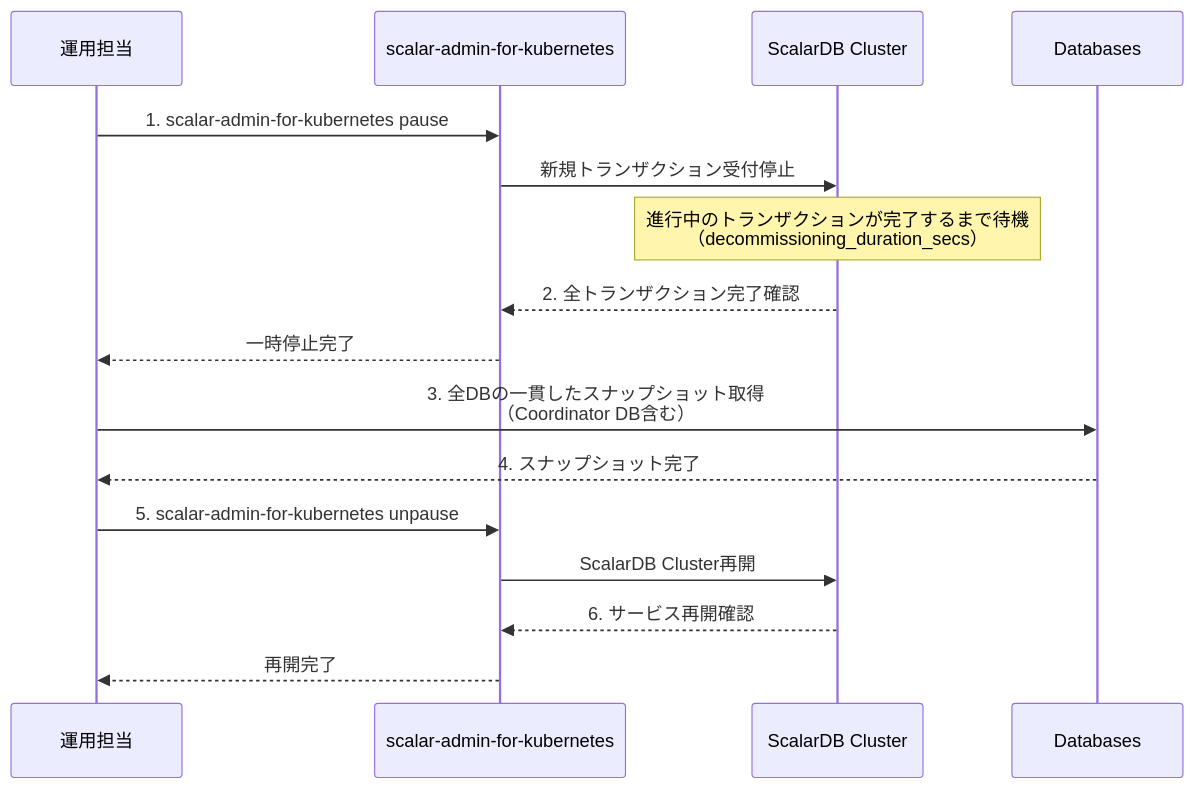
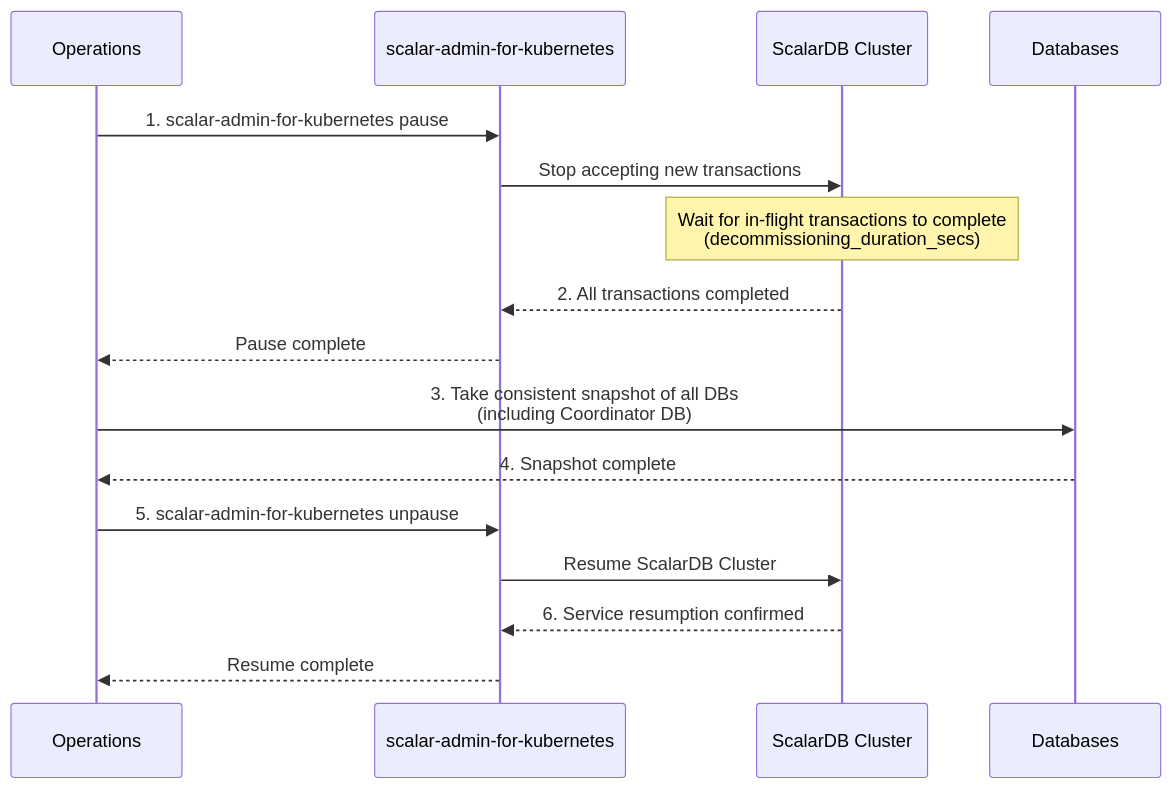
The second of 4 diagrams in workflow/greenfield/10_disaster_recovery_design.md (wfukatsu/nexus-architect), drawn with Mermaid before and after one commit. The commit also changed other lines of this file and 6 other files, not shown here.

````diff
--- a/workflow/greenfield/10_disaster_recovery_design.md
+++ b/workflow/greenfield/10_disaster_recovery_design.md
@@ -179,19 +179,19 @@
 ```mermaid
 sequenceDiagram
-    participant OPS as 運用担当
+    participant OPS as Operations
     participant ADMIN as scalar-admin-for-kubernetes
     participant SDB as ScalarDB Cluster
     participant DB as Databases
 
     OPS->>ADMIN: 1. scalar-admin-for-kubernetes pause
-    ADMIN->>SDB: 新規トランザクション受付停止
-    Note over SDB: 進行中のトランザクションが完了するまで待機<br/>（decommissioning_duration_secs）
-    SDB-->>ADMIN: 2. 全トランザクション完了確認
-    ADMIN-->>OPS: 一時停止完了
-    OPS->>DB: 3. 全DBの一貫したスナップショット取得<br/>（Coordinator DB含む）
-    DB-->>OPS: 4. スナップショット完了
+    ADMIN->>SDB: Stop accepting new transactions
+    Note over SDB: Wait for in-flight transactions to complete<br/>(decommissioning_duration_secs)
+    SDB-->>ADMIN: 2. All transactions completed
+    ADMIN-->>OPS: Pause complete
+    OPS->>DB: 3. Take consistent snapshot of all DBs<br/>(including Coordinator DB)
+    DB-->>OPS: 4. Snapshot complete
     OPS->>ADMIN: 5. scalar-admin-for-kubernetes unpause
-    ADMIN->>SDB: ScalarDB Cluster再開
-    SDB-->>ADMIN: 6. サービス再開確認
-    ADMIN-->>OPS: 再開完了
+    ADMIN->>SDB: Resume ScalarDB Cluster
+    SDB-->>ADMIN: 6. Service resumption confirmed
+    ADMIN-->>OPS: Resume complete
 ```
````
